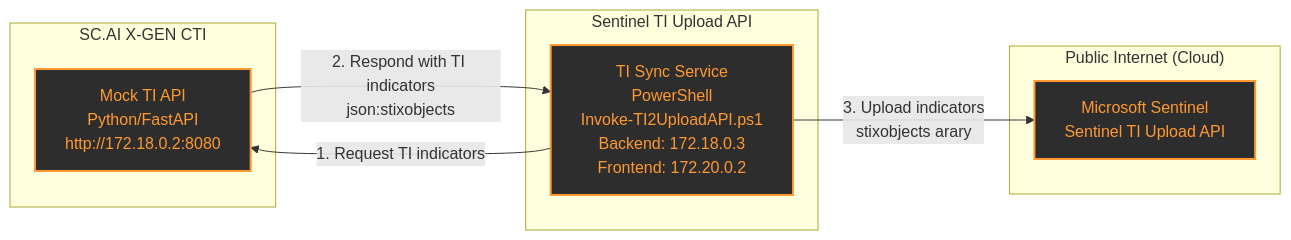
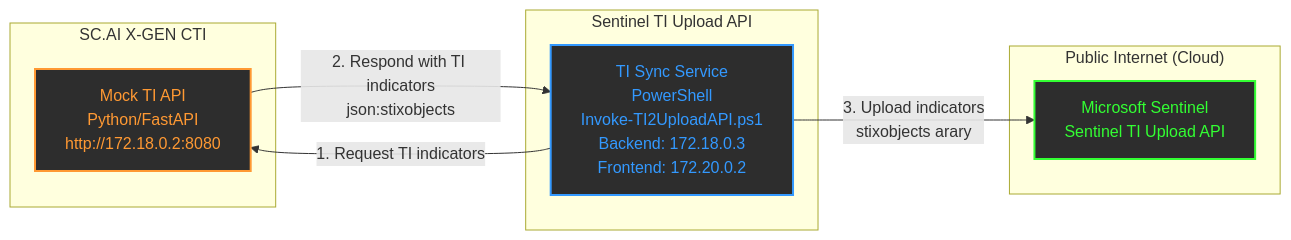
One commit to dcodev1702/Sentinel-TI-Upload-with-Mock-TI-API changed the diagram in README.md. Above: the diagram before and after it, drawn with Mermaid.

Commit message:
Update styles for flowchart indicators in README

````diff
--- a/README.md
+++ b/README.md
@@ -6,22 +6,22 @@
 ```mermaid
 graph LR
     subgraph "SC.AI X-GEN CTI"
         A[Mock TI API<br/>Python/FastAPI<br/>http://172.18.0.2:8080]
     end
     
     subgraph "Sentinel TI Upload API"
         B[TI Sync Service<br/>PowerShell<br/>Invoke-TI2UploadAPI.ps1<br/>Backend: 172.18.0.3<br/>Frontend: 172.20.0.2]
     end
     
     subgraph "Public Internet (Cloud)"
         C[Microsoft Sentinel<br/>Sentinel TI Upload API]
     end
     
     B -->|1. Request TI indicators| A
     A -->|2. Respond with TI indicators<br/>json:stixobjects| B
     B -->|3. Upload indicators<br/>stixobjects arary| C
     
     style A fill:#2d2d2d,stroke:#ff9933,stroke-width:2px,color:#ff9933
-    style B fill:#2d2d2d,stroke:#ff9933,stroke-width:2px,color:#ff9933
-    style C fill:#2d2d2d,stroke:#ff9933,stroke-width:2px,color:#ff9933
+    style B fill:#2d2d2d,stroke:#3399ff,stroke-width:2px,color:#3399ff
+    style C fill:#2d2d2d,stroke:#33ff33,stroke-width:2px,color:#33ff33
 ```
````
